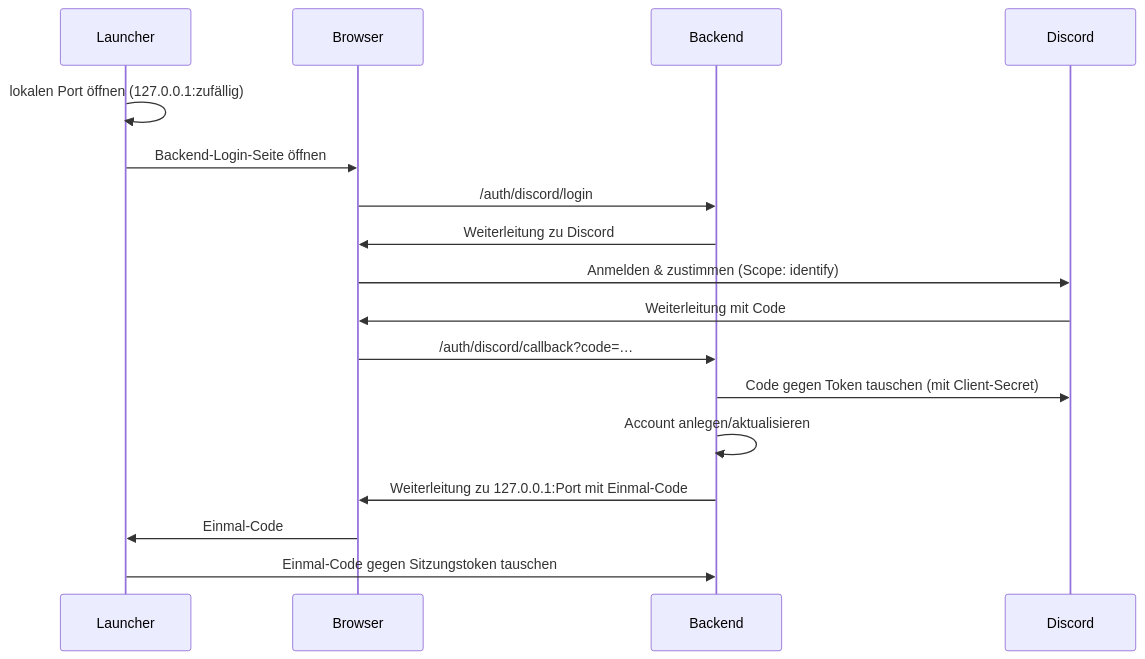
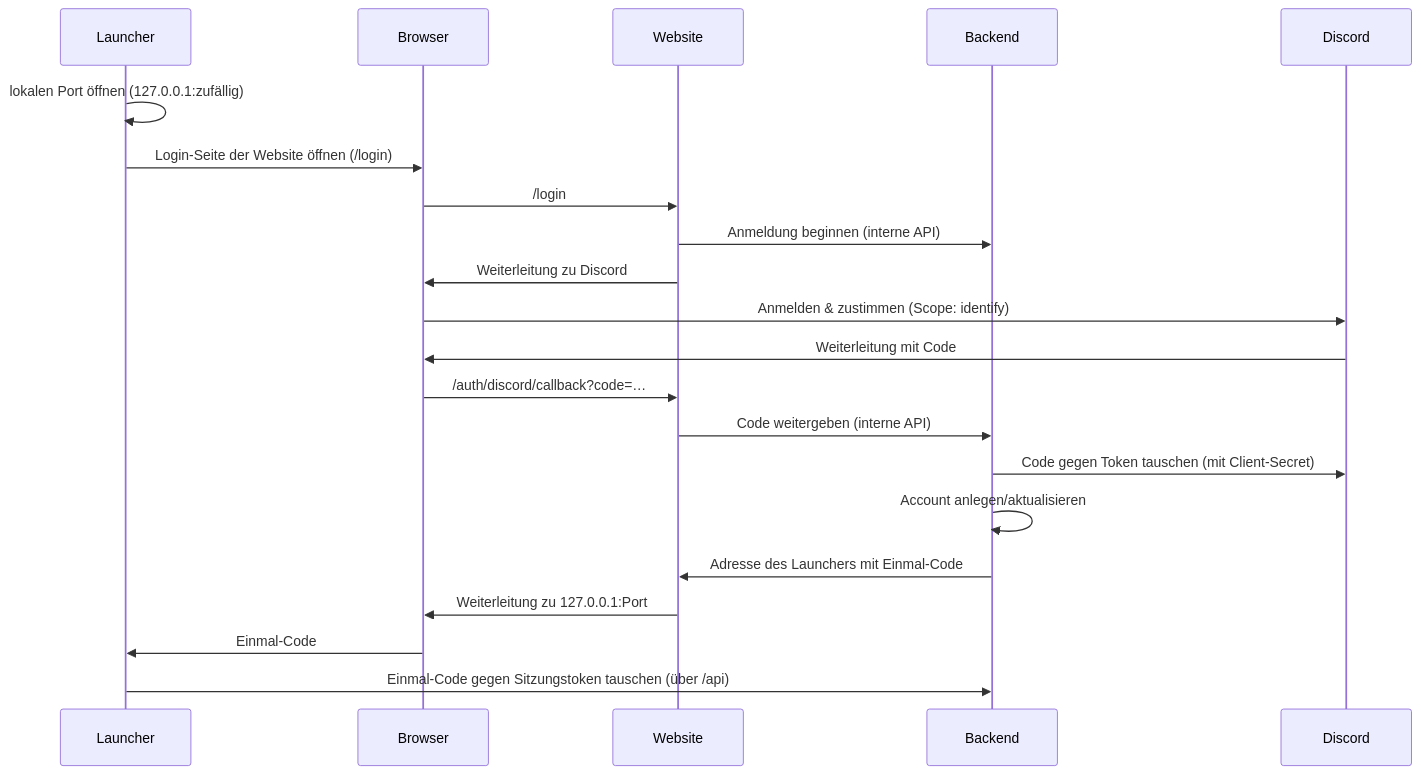
The second of 2 diagrams in docs/architecture.md (janhoeck/aceofspades2), drawn with Mermaid before and after one commit. The commit also changed other lines of this file and 67 other files, not shown here.

First line of the commit message:
M2.1 Website & Login über die Website

````diff
--- a/docs/architecture.md
+++ b/docs/architecture.md
@@ -201,20 +206,24 @@
 ```mermaid
 sequenceDiagram
     participant L as Launcher
     participant Br as Browser
+    participant W as Website
     participant B as Backend
     participant D as Discord
 
     L->>L: lokalen Port öffnen (127.0.0.1:zufällig)
-    L->>Br: Backend-Login-Seite öffnen
-    Br->>B: /auth/discord/login
-    B->>Br: Weiterleitung zu Discord
+    L->>Br: Login-Seite der Website öffnen (/login)
+    Br->>W: /login
+    W->>B: Anmeldung beginnen (interne API)
+    W->>Br: Weiterleitung zu Discord
     Br->>D: Anmelden & zustimmen (Scope: identify)
     D->>Br: Weiterleitung mit Code
-    Br->>B: /auth/discord/callback?code=…
+    Br->>W: /auth/discord/callback?code=…
+    W->>B: Code weitergeben (interne API)
     B->>D: Code gegen Token tauschen (mit Client-Secret)
     B->>B: Account anlegen/aktualisieren
-    B->>Br: Weiterleitung zu 127.0.0.1:Port mit Einmal-Code
+    B->>W: Adresse des Launchers mit Einmal-Code
+    W->>Br: Weiterleitung zu 127.0.0.1:Port
     Br->>L: Einmal-Code
-    L->>B: Einmal-Code gegen Sitzungstoken tauschen
+    L->>B: Einmal-Code gegen Sitzungstoken tauschen (über /api)
 ```
````
